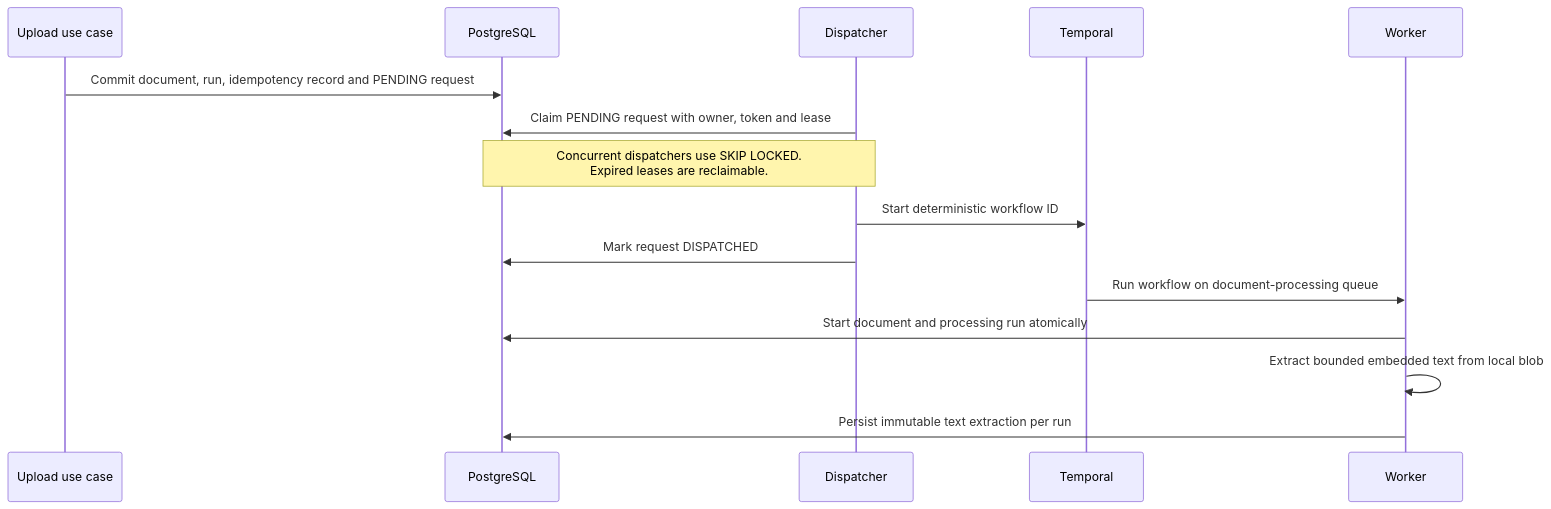
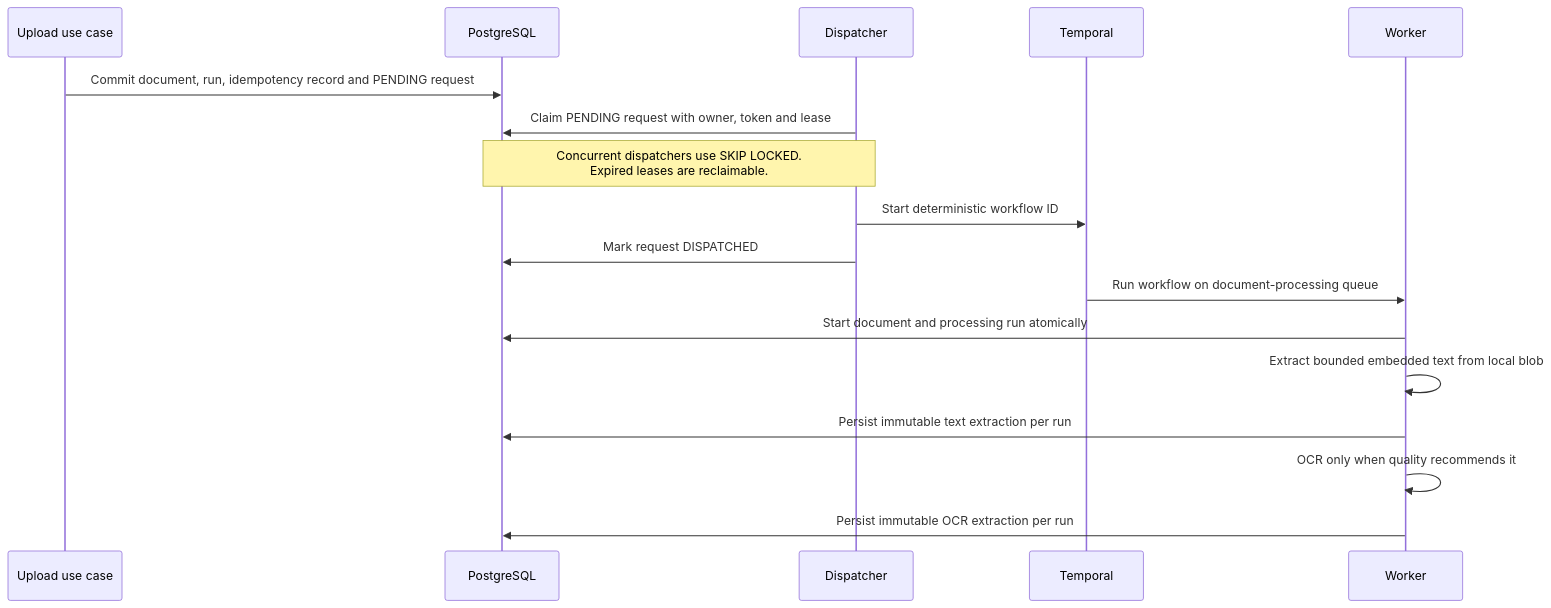
One commit to PietroRussoD/ai-document-processing-platform changed the third of 11 diagrams in docs/architecture.md. Above: the diagram before and after it, drawn with Mermaid. The commit also changed other lines of this file and 25 other files, not shown here.

````diff
--- a/docs/architecture.md
+++ b/docs/architecture.md
@@ -77,18 +77,20 @@
 ```mermaid
 sequenceDiagram
     participant API as Upload use case
     participant DB as PostgreSQL
     participant Dispatcher
     participant Temporal
     participant Worker
 
     API->>DB: Commit document, run, idempotency record and PENDING request
     Dispatcher->>DB: Claim PENDING request with owner, token and lease
     Note over Dispatcher,DB: Concurrent dispatchers use SKIP LOCKED.<br/>Expired leases are reclaimable.
     Dispatcher->>Temporal: Start deterministic workflow ID
     Dispatcher->>DB: Mark request DISPATCHED
     Temporal->>Worker: Run workflow on document-processing queue
     Worker->>DB: Start document and processing run atomically
     Worker->>Worker: Extract bounded embedded text from local blob
     Worker->>DB: Persist immutable text extraction per run
+    Worker->>Worker: OCR only when quality recommends it
+    Worker->>DB: Persist immutable OCR extraction per run
 ```
````
